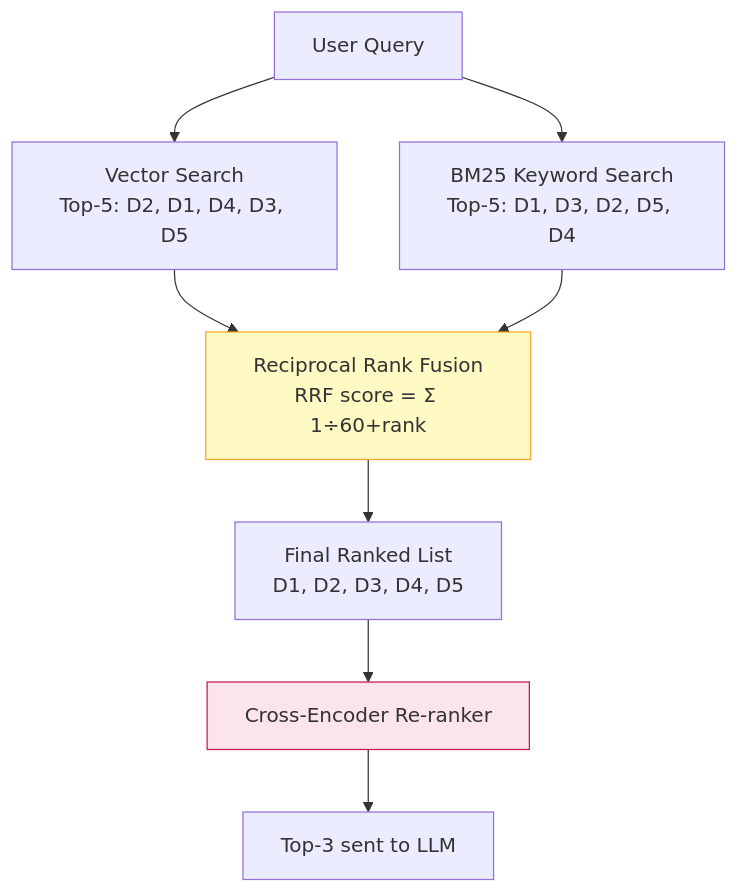
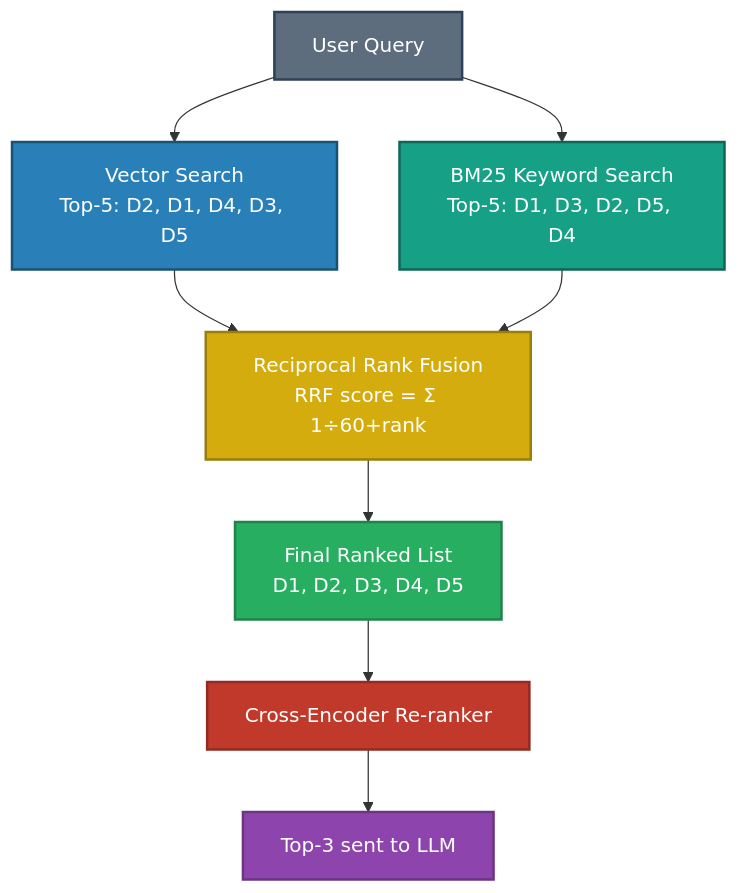
The fifth of 24 diagrams in docs/17-interview-questions/topic_deep_dive_rag.md (GyanendraChaubey/AI-Engineering-Notes), drawn with Mermaid before and after one commit. The commit also changed other lines of this file and 74 other files, not shown here.

First line of the commit message:
refactor: split company_wise_interviews.md into 72 individual interview files + fix mermaid colors

````diff
--- a/docs/17-interview-questions/topic_deep_dive_rag.md
+++ b/docs/17-interview-questions/topic_deep_dive_rag.md
@@ -252,13 +277,18 @@
 ```mermaid
 graph TD
     Q[User Query] --> VS[Vector Search\nTop-5: D2, D1, D4, D3, D5]
     Q --> KS[BM25 Keyword Search\nTop-5: D1, D3, D2, D5, D4]
     VS --> RRF[Reciprocal Rank Fusion\nRRF score = Σ 1÷60+rank]
     KS --> RRF
     RRF --> R[Final Ranked List\nD1, D2, D3, D4, D5]
     R --> RE[Cross-Encoder Re-ranker]
     RE --> TOP[Top-3 sent to LLM]
 
-    style RRF fill:#fff9c4,stroke:#f9a825
-    style RE fill:#fce4ec,stroke:#c2185b
+    style Q fill:#5D6D7E,stroke:#2E4057,stroke-width:2px,color:#FFFFFF
+    style VS fill:#2980B9,stroke:#1A5276,stroke-width:2px,color:#FFFFFF
+    style KS fill:#16A085,stroke:#0E6655,stroke-width:2px,color:#FFFFFF
+    style RRF fill:#D4AC0D,stroke:#9A7D0A,stroke-width:2px,color:#FFFFFF
+    style R fill:#27AE60,stroke:#1E8449,stroke-width:2px,color:#FFFFFF
+    style RE fill:#C0392B,stroke:#922B21,stroke-width:2px,color:#FFFFFF
+    style TOP fill:#8E44AD,stroke:#6C3483,stroke-width:2px,color:#FFFFFF
 ```
````
